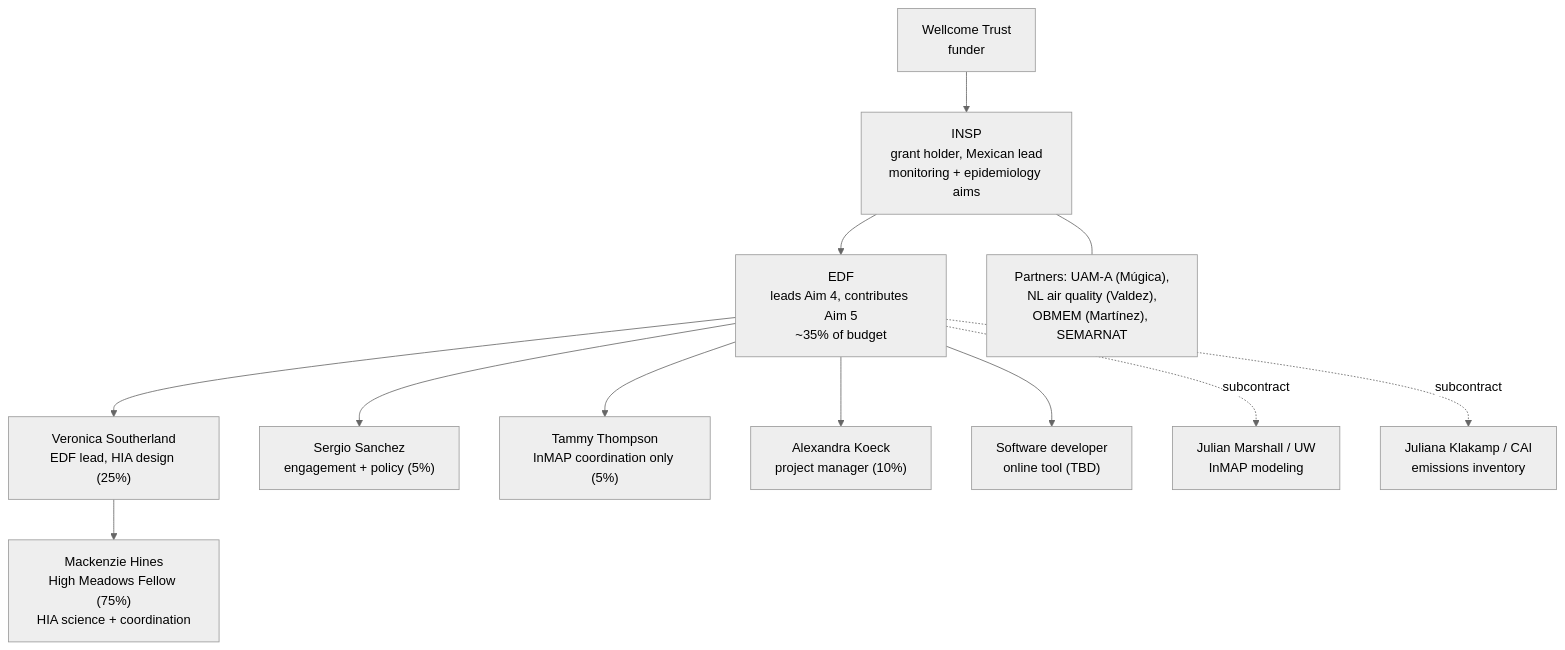
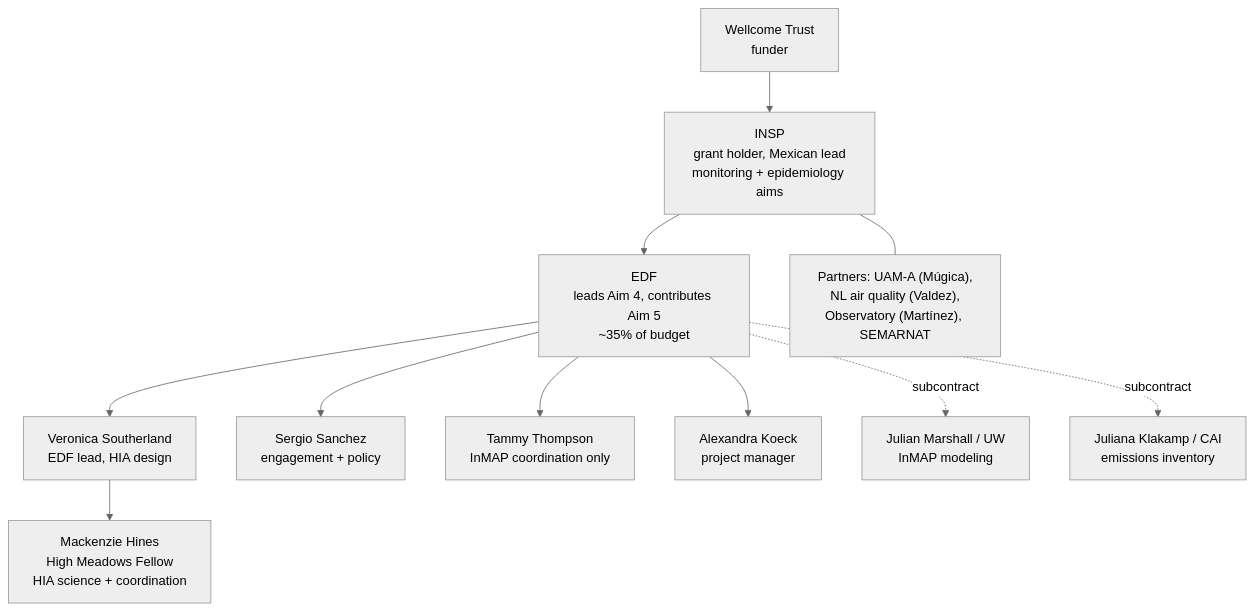
The first of 2 diagrams in docs/projects.md (vtinney/mh-onboarding-site), drawn with Mermaid (neutral theme) before and after one commit. The commit also changed other lines of this file, not shown here.

````diff
--- a/docs/projects.md
+++ b/docs/projects.md
@@ -60,14 +59,13 @@
 ```mermaid
 flowchart TD
     W["Wellcome Trust<br/>funder"] --> INSP["INSP<br/>grant holder, Mexican lead<br/>monitoring + epidemiology aims"]
     INSP --> EDF["EDF<br/>leads Aim 4, contributes Aim 5<br/>~35% of budget"]
-    EDF --> VS["Veronica Southerland<br/>EDF lead, HIA design (25%)"]
-    VS --> MH["Mackenzie Hines<br/>High Meadows Fellow (75%)<br/>HIA science + coordination"]
-    EDF --> SS["Sergio Sanchez<br/>engagement + policy (5%)"]
-    EDF --> TT["Tammy Thompson<br/>InMAP coordination only (5%)"]
-    EDF --> AK["Alexandra Koeck<br/>project manager (10%)"]
-    EDF --> SD["Software developer<br/>online tool (TBD)"]
+    EDF --> VS["Veronica Southerland<br/>EDF lead, HIA design"]
+    VS --> MH["Mackenzie Hines<br/>High Meadows Fellow<br/>HIA science + coordination"]
+    EDF --> SS["Sergio Sanchez<br/>engagement + policy"]
+    EDF --> TT["Tammy Thompson<br/>InMAP coordination only"]
+    EDF --> AK["Alexandra Koeck<br/>project manager"]
     EDF -. subcontract .-> UW["Julian Marshall / UW<br/>InMAP modeling"]
     EDF -. subcontract .-> CAI["Juliana Klakamp / CAI<br/>emissions inventory"]
-    INSP --- PART["Partners: UAM-A (Múgica),<br/>NL air quality (Valdez),<br/>OBMEM (Martínez), SEMARNAT"]
+    INSP --- PART["Partners: UAM-A (Múgica),<br/>NL air quality (Valdez),<br/>Observatory (Martínez), SEMARNAT"]
 ```
````
